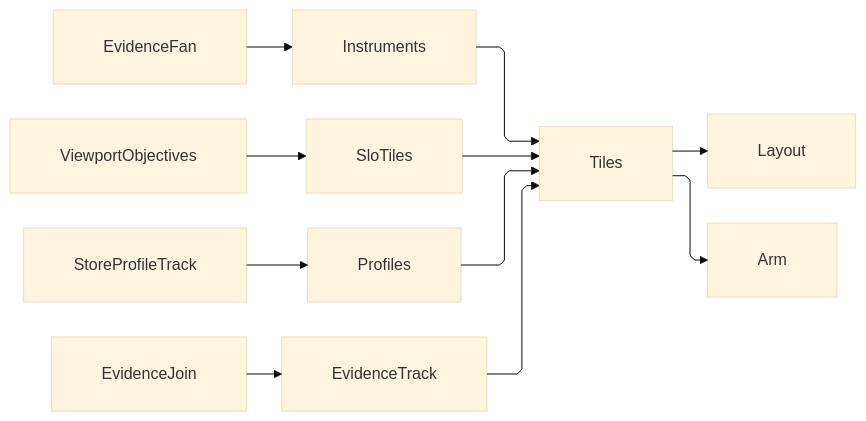
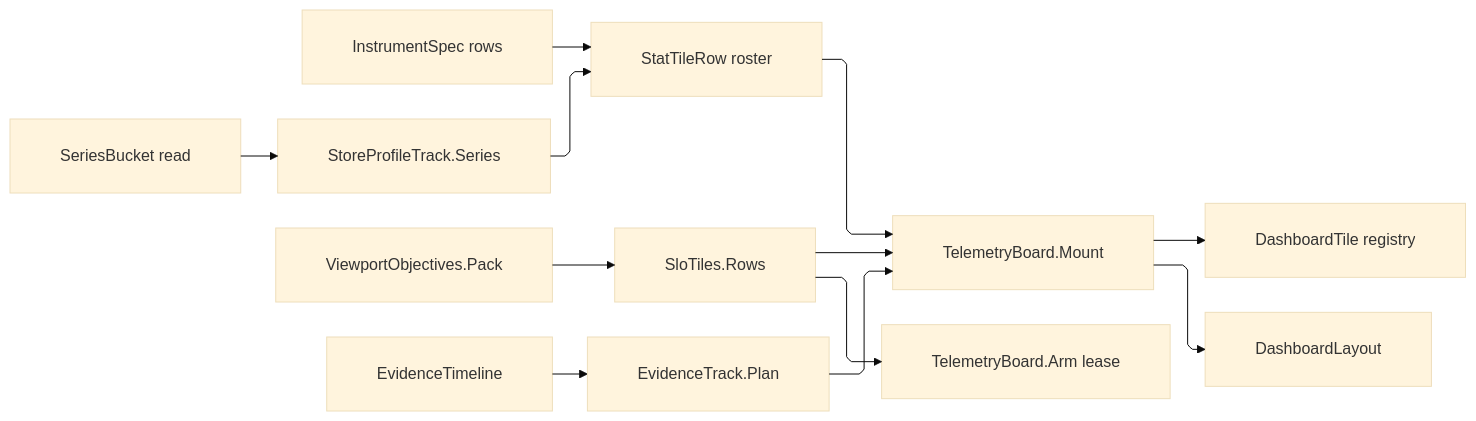
Before and after one commit to bsamiee/Rasm: the diagram in libs/csharp/Rasm.AppUi/.planning/Charts/telemetry.md, drawn with Mermaid (base theme). The commit also changed other lines of this file and 818 other files, not shown here.

````diff
--- a/libs/csharp/Rasm.AppUi/.planning/Charts/telemetry.md
+++ b/libs/csharp/Rasm.AppUi/.planning/Charts/telemetry.md
@@ -418,22 +590,23 @@
 ```mermaid
 ---
 config:
   layout: elk
   flowchart:
     curve: linear
     padding: 25
 ---
 flowchart LR
     accTitle: Telemetry board composition
-    accDescr: Instrument roster, SLO coordinates, store-profile receipts, and the evidence join feed chart streams into board tiles under one layout and watch fold.
-    EvidenceFan --> Instruments
-    ViewportObjectives --> SloTiles
-    StoreProfileTrack --> Profiles
-    EvidenceJoin --> EvidenceTrack
-    Instruments --> Tiles
-    SloTiles --> Tiles
-    Profiles --> Tiles
-    EvidenceTrack --> Tiles
-    Tiles --> Layout
-    Tiles --> Arm
+    accDescr: Instrument rows, SLO coordinates, Persistence rollup buckets, and the evidence join resolve into one board mount carrying tiles, layout, and armed watch rules.
+    Instruments["InstrumentSpec rows"] --> Stats["StatTileRow roster"]
+    Buckets["SeriesBucket read"] --> Profiles["StoreProfileTrack.Series"]
+    Profiles --> Stats
+    Objectives["ViewportObjectives.Pack"] --> Slo["SloTiles.Rows"]
+    Timeline["EvidenceTimeline"] --> Track["EvidenceTrack.Plan"]
+    Stats --> Mount["TelemetryBoard.Mount"]
+    Slo --> Mount
+    Track --> Mount
+    Mount --> Tiles["DashboardTile registry"]
+    Mount --> Layout["DashboardLayout"]
+    Slo --> Arm["TelemetryBoard.Arm lease"]
 ```
````
